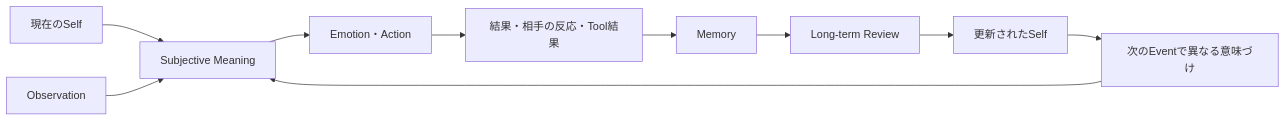
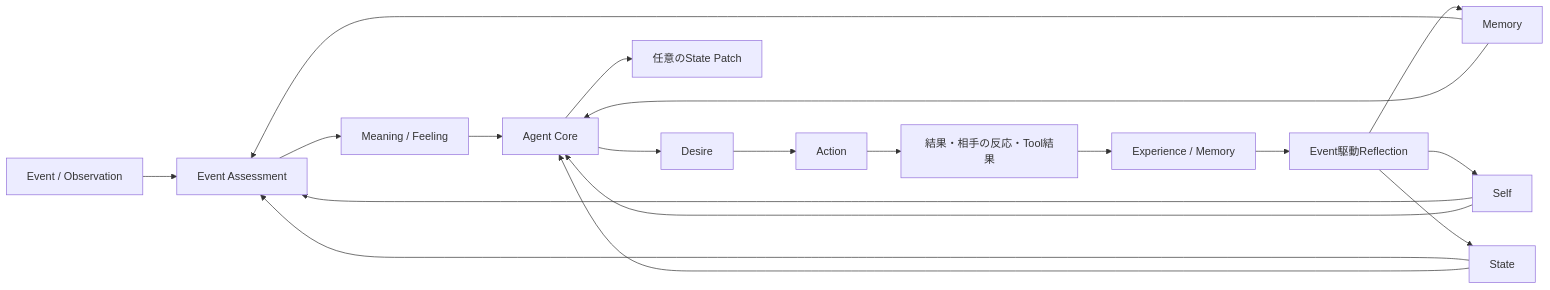
One commit to if001/social_agent changed the first of 3 diagrams in docs/D3/AGENT_MOTIVATION_MODEL.md. Above: the diagram before and after it, drawn with Mermaid. The commit also changed other lines of this file and 9 other files, not shown here.

````diff
--- a/docs/D3/AGENT_MOTIVATION_MODEL.md
+++ b/docs/D3/AGENT_MOTIVATION_MODEL.md
@@ -158,12 +7,21 @@
 ```mermaid
 flowchart LR
-    S1["現在のSelf"] --> M["Subjective Meaning"]
-    O["Observation"] --> M
-    M --> A["Emotion・Action"]
-    A --> R["結果・相手の反応・Tool結果"]
-    R --> MEM["Memory"]
-    MEM --> REVIEW["Long-term Review"]
-    REVIEW --> S2["更新されたSelf"]
-    S2 --> NEXT["次のEventで異なる意味づけ"]
-    NEXT --> M
+    E[Event / Observation] --> A[Event Assessment]
+    S[Self] --> A
+    ST[State] --> A
+    M[Memory] --> A
+    A --> MF[Meaning / Feeling]
+    MF --> C[Agent Core]
+    S --> C
+    ST --> C
+    M --> C
+    C --> D[Desire]
+    D --> X[Action]
+    C --> P[任意のState Patch]
+    X --> R[結果・相手の反応・Tool結果]
+    R --> EX[Experience / Memory]
+    EX --> RF[Event駆動Reflection]
+    RF --> M
+    RF --> S
+    RF --> ST
 ```
````
